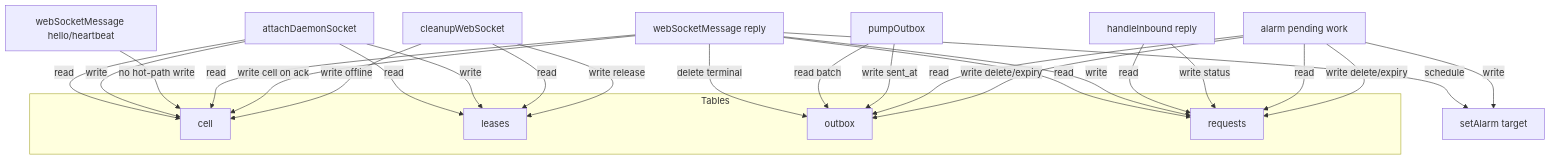
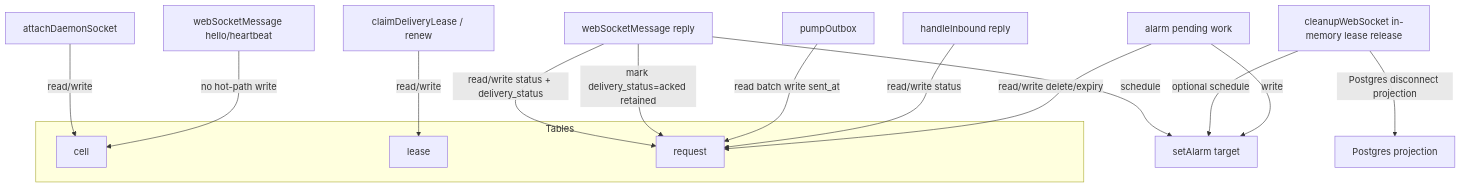
The fourth of 8 diagrams in docs/architecture/daemon-cell.mdx (TurboPanel/website), drawn with Mermaid before and after one commit. The commit also changed other lines of this file, not shown here.

````diff
--- a/docs/architecture/daemon-cell.mdx
+++ b/docs/architecture/daemon-cell.mdx
@@ -270,39 +279,28 @@
 ```mermaid
 graph TD
     subgraph Tables
         cell["cell"]
-        leases["leases"]
-        outbox["outbox"]
-        requests["requests"]
+        lease["lease"]
+        request["request"]
     end
 
-    attach["attachDaemonSocket"] -->|read| cell
-    attach -->|read| leases
-    attach -->|write| leases
-    attach -->|write| cell
+    attach["attachDaemonSocket"] -->|read/write| cell
 
     wsPresence["webSocketMessage hello/heartbeat"] -->|no hot-path write| cell
 
-    wsReply["webSocketMessage reply"] -->|read| cell
-    wsReply -->|read| requests
-    wsReply -->|write| requests
-    wsReply -->|write cell on ack| cell
-    wsReply -->|delete terminal| outbox
+    wsReply["webSocketMessage reply"] -->|read/write status + delivery_status| request
+    wsReply -->|mark delivery_status=acked retained| request
     wsReply -->|schedule| setAlarm
 
-    pump["pumpOutbox"] -->|read batch| outbox
-    pump -->|write sent_at| outbox
+    pump["pumpOutbox"] -->|read batch write sent_at| request
 
-    inbound["handleInbound reply"] -->|read| requests
-    inbound -->|write status| requests
+    inbound["handleInbound reply"] -->|read/write status| request
 
-    cleanup["cleanupWebSocket"] -->|read| leases
-    cleanup -->|write release| leases
-    cleanup -->|write offline| cell
+    cleanup["cleanupWebSocket in-memory lease release"] -->|Postgres disconnect projection| postgres["Postgres projection"]
+    cleanup -->|optional schedule| setAlarm
 
-    alarmOp["alarm pending work"] -->|read| outbox
-    alarmOp -->|read| requests
-    alarmOp -->|write delete/expiry| outbox
-    alarmOp -->|write delete/expiry| requests
+    deliveryLease["claimDeliveryLease / renew"] -->|read/write| lease
+
+    alarmOp["alarm pending work"] -->|read/write delete/expiry| request
     alarmOp -->|write| setAlarm["setAlarm target"]
 ```
````
